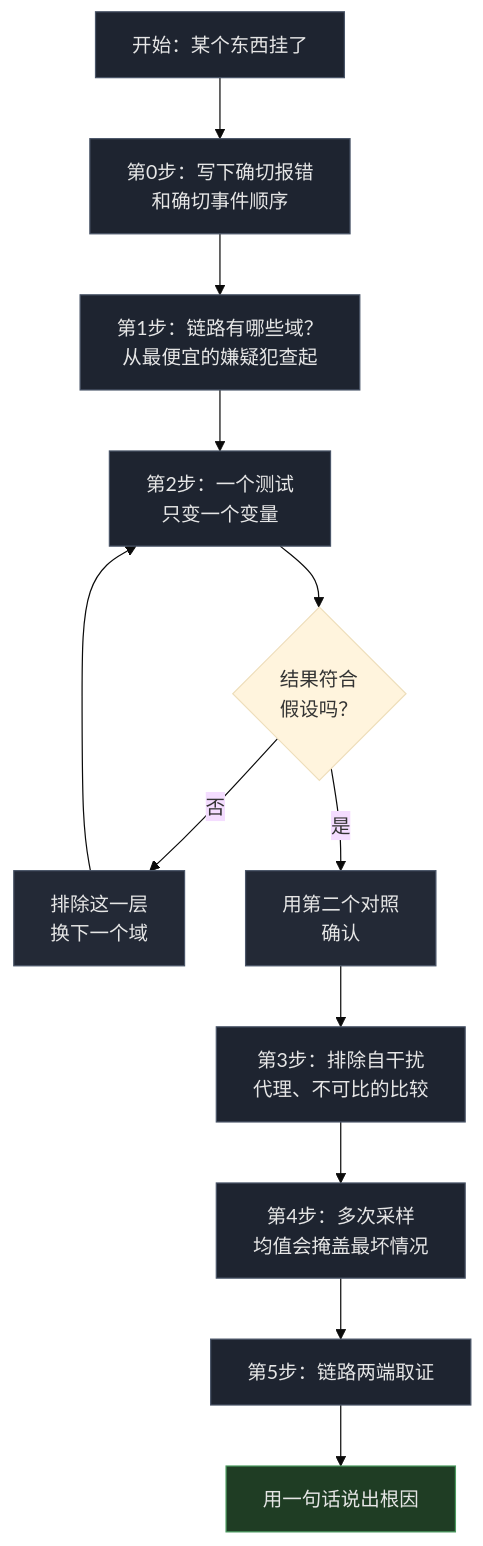
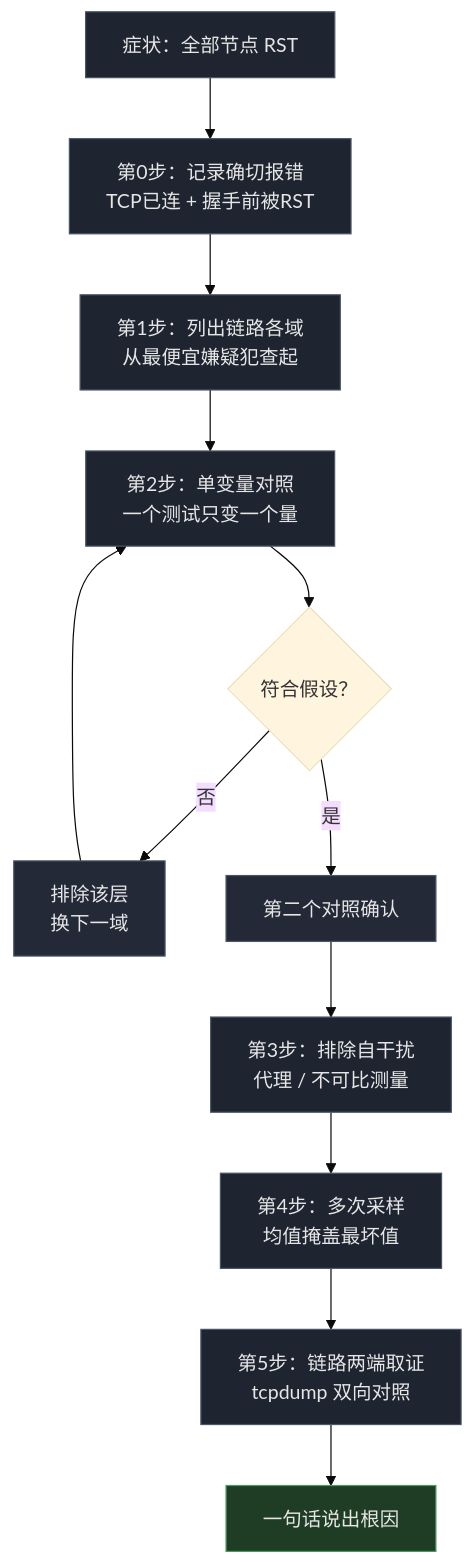
Before and after one commit to i125pro/i125pro.github.io: the second of 2 diagrams in _posts/2026-09-30-cloudflare-sni-blocking-preferred-ip-dead-zh.md, drawn with Mermaid (base theme). The commit also changed other lines of this file and 1 other file, not shown here.

````diff
--- a/_posts/2026-09-30-cloudflare-sni-blocking-preferred-ip-dead-zh.md
+++ b/_posts/2026-09-30-cloudflare-sni-blocking-preferred-ip-dead-zh.md
@@ -133,25 +225,25 @@
 ```mermaid
 flowchart TD
-    S["开始：某个东西挂了"] --> O["第0步：写下确切报错<br/>和确切事件顺序"]
-    O --> D["第1步：链路有哪些域？<br/>从最便宜的嫌疑犯查起"]
-    D --> V["第2步：一个测试<br/>只变一个变量"]
-    V --> C{"结果符合<br/>假设吗？"}
-    C -->|否| E["排除这一层<br/>换下一个域"]
-    C -->|是| X["用第二个对照<br/>确认"]
+    S["症状：全部节点 RST"] --> O["第0步：记录确切报错<br/>TCP已连 + 握手前被RST"]
+    O --> D["第1步：列出链路各域<br/>从最便宜嫌疑犯查起"]
+    D --> V["第2步：单变量对照<br/>一个测试只变一个量"]
+    V --> C{"符合假设？"}
+    C -->|否| E["排除该层<br/>换下一域"]
+    C -->|是| X["第二个对照确认"]
     E --> V
-    X --> N["第3步：排除自干扰<br/>代理、不可比的比较"]
-    N --> M["第4步：多次采样<br/>均值会掩盖最坏情况"]
-    M --> P["第5步：链路两端取证"]
-    P --> R["用一句话说出根因"]
+    X --> N["第3步：排除自干扰<br/>代理 / 不可比测量"]
+    N --> M["第4步：多次采样<br/>均值掩盖最坏值"]
+    M --> P["第5步：链路两端取证<br/>tcpdump 双向对照"]
+    P --> R["一句话说出根因"]
 
     style S fill:#1e2430,stroke:#4a5568,color:#e6e6e6
     style O fill:#1e2430,stroke:#4a5568,color:#e6e6e6
     style D fill:#1e2430,stroke:#4a5568,color:#e6e6e6
     style V fill:#1e2430,stroke:#4a5568,color:#e6e6e6
     style N fill:#1e2430,stroke:#4a5568,color:#e6e6e6
     style M fill:#1e2430,stroke:#4a5568,color:#e6e6e6
     style P fill:#1e2430,stroke:#4a5568,color:#e6e6e6
     style R fill:#1f3d24,stroke:#4a9a5f,color:#e6e6e6
     style E fill:#232936,stroke:#4a5568,color:#e6e6e6
     style X fill:#232936,stroke:#4a5568,color:#e6e6e6
 ```
````
